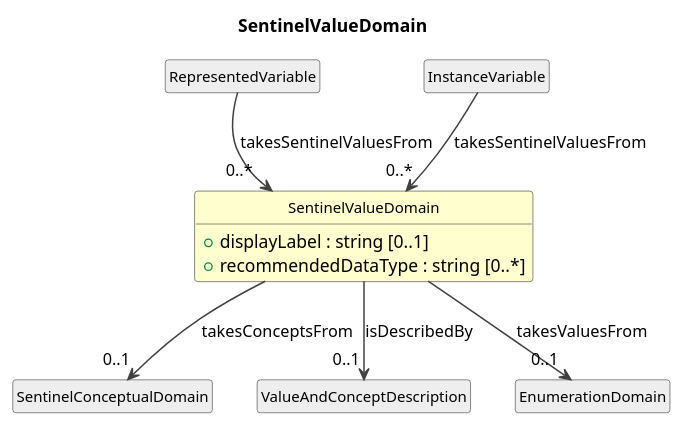
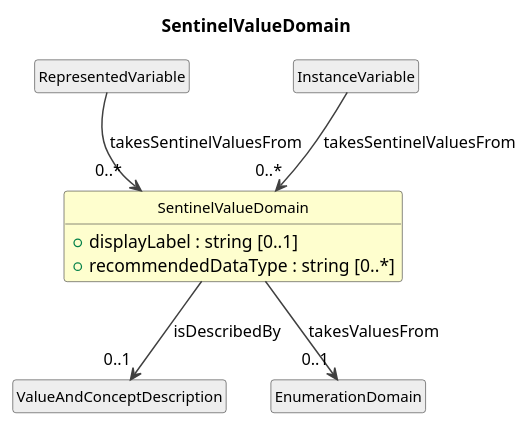
Before and after one commit to Cross-Domain-Interoperability-Framework/metadataBuildingBlocks: the diagram in cdif-uml-model/_plantuml/cdifDataStructure/Classes/SentinelValueDomain.pu, drawn with PlantUML. The commit also changed 72 other files, not shown here.

Commit message:
Regenerate UML model browser: ValueDomain isDescribedBy + conceptual cleanup

```diff
--- a/cdif-uml-model/_plantuml/cdifDataStructure/Classes/SentinelValueDomain.pu
+++ b/cdif-uml-model/_plantuml/cdifDataStructure/Classes/SentinelValueDomain.pu
@@ -1,28 +1,26 @@
 @startuml
 title SentinelValueDomain
 hide circle
 hide empty members
 skinparam shadowing false
 skinparam ArrowThickness 1.2
 skinparam class {
   ArrowColor #404040
   BorderColor #404040
   FontSize 12
 }
 
 class "SentinelValueDomain" as SentinelValueDomain #FEFECE {
   +displayLabel : string [0..1]
   +recommendedDataType : string [0..*]
 }
 class "RepresentedVariable" as RepresentedVariable #EEEEEE
 RepresentedVariable --> "0..*" SentinelValueDomain : takesSentinelValuesFrom
 class "InstanceVariable" as InstanceVariable #EEEEEE
 InstanceVariable --> "0..*" SentinelValueDomain : takesSentinelValuesFrom
-class "SentinelConceptualDomain" as SentinelConceptualDomain #EEEEEE
-SentinelValueDomain --> "0..1" SentinelConceptualDomain : takesConceptsFrom
 class "ValueAndConceptDescription" as ValueAndConceptDescription #EEEEEE
 SentinelValueDomain --> "0..1" ValueAndConceptDescription : isDescribedBy
 class "EnumerationDomain" as EnumerationDomain #EEEEEE
 SentinelValueDomain --> "0..1" EnumerationDomain : takesValuesFrom
 
 @enduml
```
